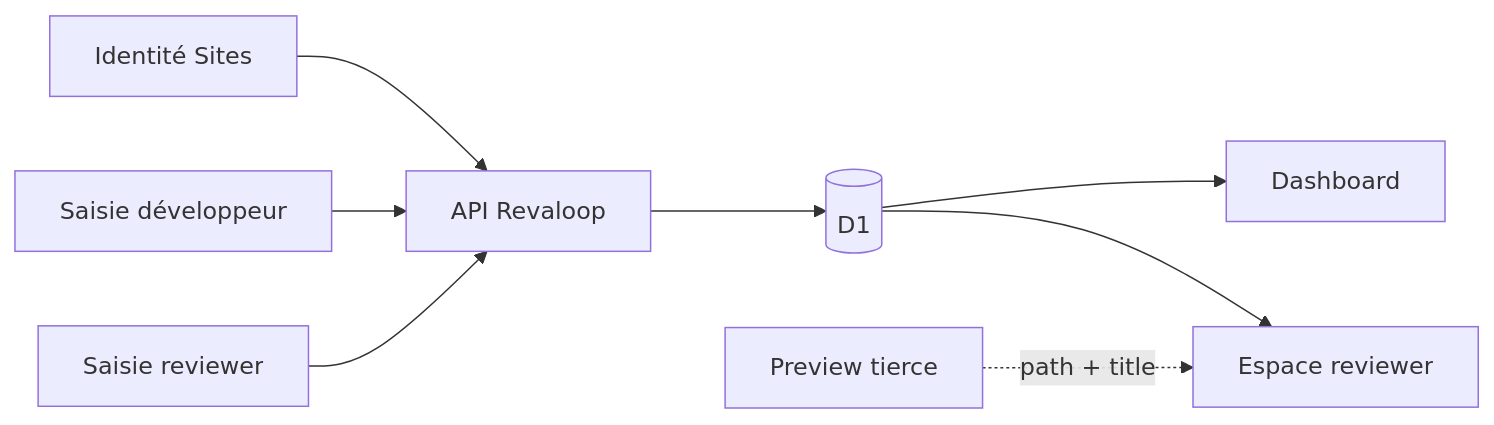
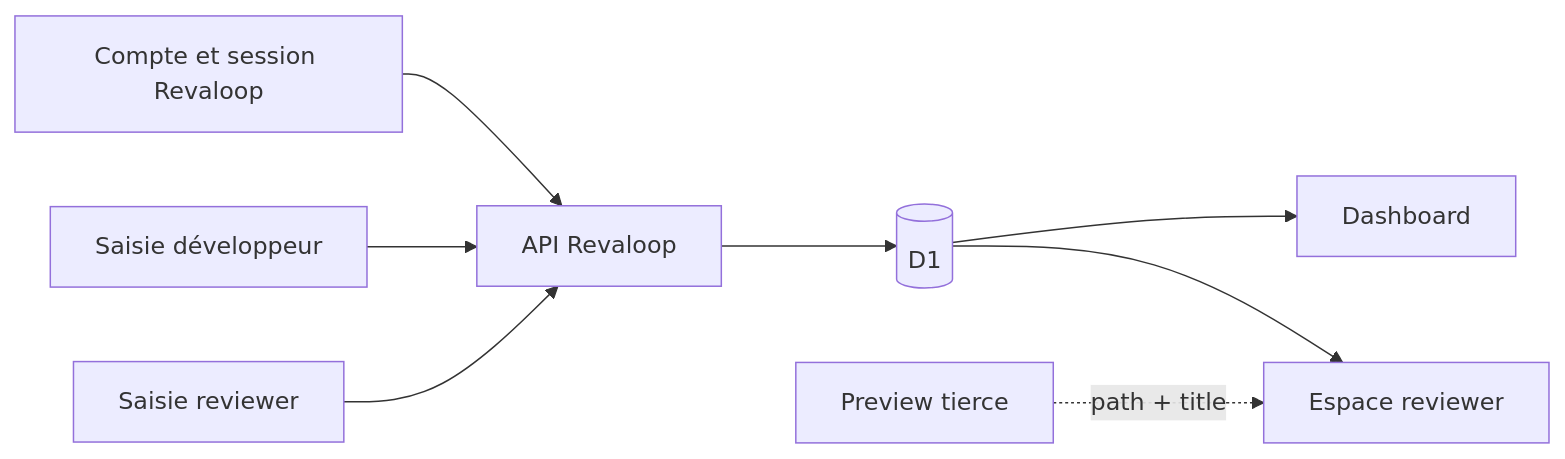
The diagram in docs/DATA_LIFECYCLE.md (rfielbal/Revaloop), drawn with Mermaid before and after one commit. The commit also changed other lines of this file and 55 other files, not shown here.

````diff
--- a/docs/DATA_LIFECYCLE.md
+++ b/docs/DATA_LIFECYCLE.md
@@ -75,10 +81,10 @@
 ```mermaid
 flowchart LR
-    siwc["Identité Sites"] --> api["API Revaloop"]
+    auth["Compte et session Revaloop"] --> api["API Revaloop"]
     developer["Saisie développeur"] --> api
     reviewer["Saisie reviewer"] --> api
     api --> d1[("D1")]
     d1 --> dashboard["Dashboard"]
     d1 --> review["Espace reviewer"]
     preview["Preview tierce"] -. "path + title" .-> review
 ```
````
